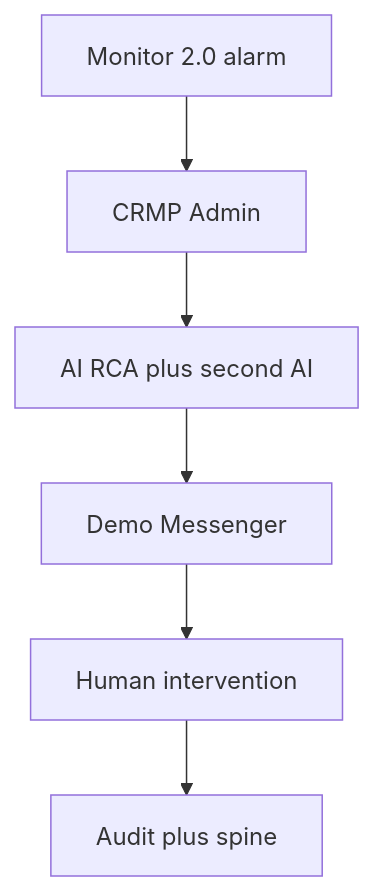
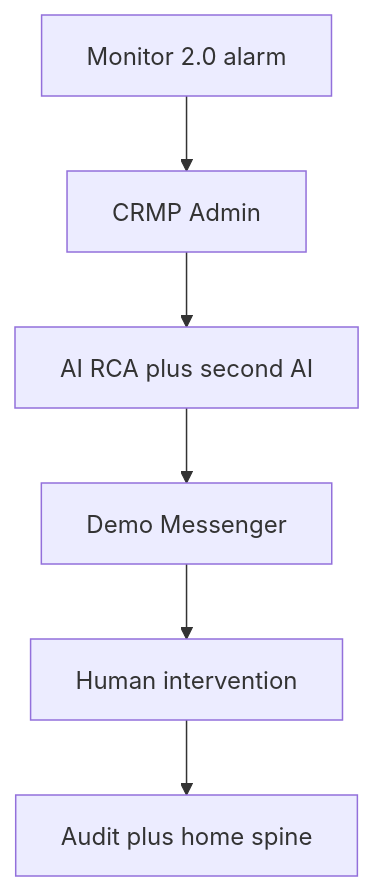
One commit to hxyan2020/PRD changed the first of 11 diagrams in platform/docs/USER_GUIDE.md. Above: the diagram before and after it, drawn with Mermaid. The commit also changed other lines of this file and 29 other files, not shown here.

````diff
--- a/platform/docs/USER_GUIDE.md
+++ b/platform/docs/USER_GUIDE.md
@@ -29,8 +30,8 @@
 ```mermaid
 graph TD
   Monitor[Monitor 2.0 alarm] --> Desk[CRMP Admin]
   Desk --> AI[AI RCA plus second AI]
   AI --> Msg[Demo Messenger]
   Msg --> Human[Human intervention]
-  Human --> Audit[Audit plus spine]
+  Human --> Audit[Audit plus home spine]
 ```
````
